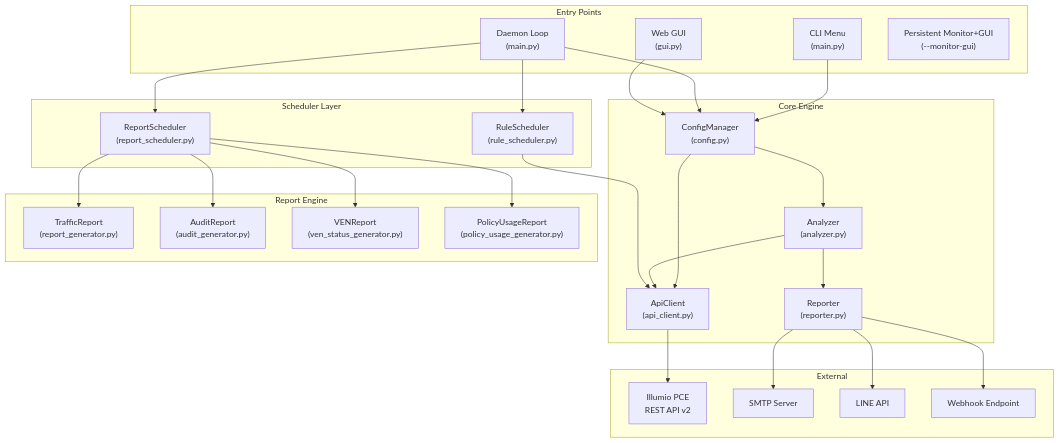
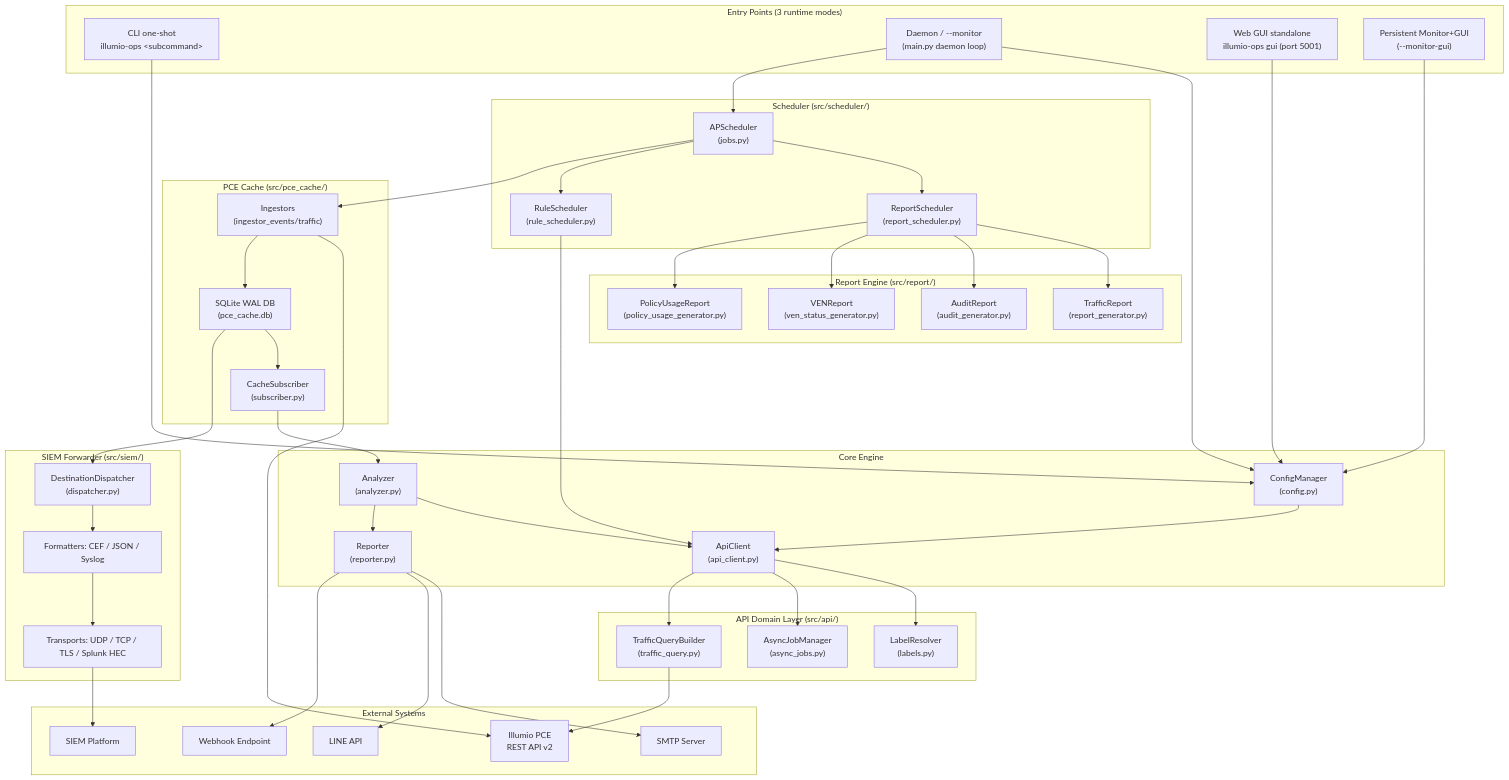
Before and after one commit to harry10148/illumio-ops: the first of 7 diagrams in docs/Architecture.md, drawn with Mermaid. The commit also changed other lines of this file, not shown here.

Commit message:
docs(architecture): refresh §1-§3 for v3.20.0 src/ layout (events, siem, scheduler, pce_cache, api)

````diff
--- a/docs/Architecture.md
+++ b/docs/Architecture.md
@@ -9,9 +9,9 @@
 ```mermaid
 graph TB
-    subgraph Entry["Entry Points"]
-        CLI["CLI Menu<br/>(main.py)"]
-        DAEMON["Daemon Loop<br/>(main.py)"]
-        GUI["Web GUI<br/>(gui.py)"]
+    subgraph Entry["Entry Points (3 runtime modes)"]
+        CLI["CLI one-shot<br/>illumio-ops &lt;subcommand&gt;"]
+        DAEMON["Daemon / --monitor<br/>(main.py daemon loop)"]
+        GUI["Web GUI standalone<br/>illumio-ops gui (port 5001)"]
         PERSIST["Persistent Monitor+GUI<br/>(--monitor-gui)"]
     end
 
@@ -22,35 +22,64 @@
         REP["Reporter<br/>(reporter.py)"]
     end
 
-    subgraph Scheduler["Scheduler Layer"]
+    subgraph ApiDomain["API Domain Layer (src/api/)"]
+        LBL["LabelResolver<br/>(labels.py)"]
+        JOBS["AsyncJobManager<br/>(async_jobs.py)"]
+        TQ["TrafficQueryBuilder<br/>(traffic_query.py)"]
+    end
+
+    subgraph CacheSub["PCE Cache (src/pce_cache/)"]
+        CACHE["SQLite WAL DB<br/>(pce_cache.db)"]
+        INGEST["Ingestors<br/>(ingestor_events/traffic)"]
+        SUB["CacheSubscriber<br/>(subscriber.py)"]
+    end
+
+    subgraph SchedulerLayer["Scheduler (src/scheduler/)"]
+        APSCHD["APScheduler<br/>(jobs.py)"]
         RSCHED["ReportScheduler<br/>(report_scheduler.py)"]
         RULSCHED["RuleScheduler<br/>(rule_scheduler.py)"]
     end
 
-    subgraph Report["Report Engine"]
+    subgraph Report["Report Engine (src/report/)"]
         RGEN["TrafficReport<br/>(report_generator.py)"]
         AGEN["AuditReport<br/>(audit_generator.py)"]
         VGEN["VENReport<br/>(ven_status_generator.py)"]
         PUGEN["PolicyUsageReport<br/>(policy_usage_generator.py)"]
     end
 
-    subgraph External["External"]
+    subgraph SiemLayer["SIEM Forwarder (src/siem/)"]
+        DISP["DestinationDispatcher<br/>(dispatcher.py)"]
+        FMT["Formatters: CEF / JSON / Syslog"]
+        TRANS["Transports: UDP / TCP / TLS / Splunk HEC"]
+    end
+
+    subgraph External["External Systems"]
         PCE["Illumio PCE<br/>REST API v2"]
         SMTP_SVC["SMTP Server"]
         LINE_SVC["LINE API"]
         HOOK_SVC["Webhook Endpoint"]
+        SIEM_SVC["SIEM Platform"]
     end
 
     CLI --> CFG
     DAEMON --> CFG
     GUI --> CFG
+    PERSIST --> CFG
     CFG --> API
-    API --> PCE
-    CFG --> ANA
+    API --> LBL
+    API --> JOBS
+    API --> TQ
+    TQ --> PCE
+    DAEMON --> APSCHD
+    APSCHD --> RSCHED
+    APSCHD --> RULSCHED
+    APSCHD --> INGEST
+    INGEST --> PCE
+    INGEST --> CACHE
+    CACHE --> SUB
+    SUB --> ANA
     ANA --> API
     ANA --> REP
-    DAEMON --> RSCHED
-    DAEMON --> RULSCHED
     RSCHED --> RGEN
     RSCHED --> AGEN
     RSCHED --> VGEN
@@ -59,4 +88,8 @@
     REP --> SMTP_SVC
     REP --> LINE_SVC
     REP --> HOOK_SVC
+    CACHE --> DISP
+    DISP --> FMT
+    FMT --> TRANS
+    TRANS --> SIEM_SVC
 ```
````
